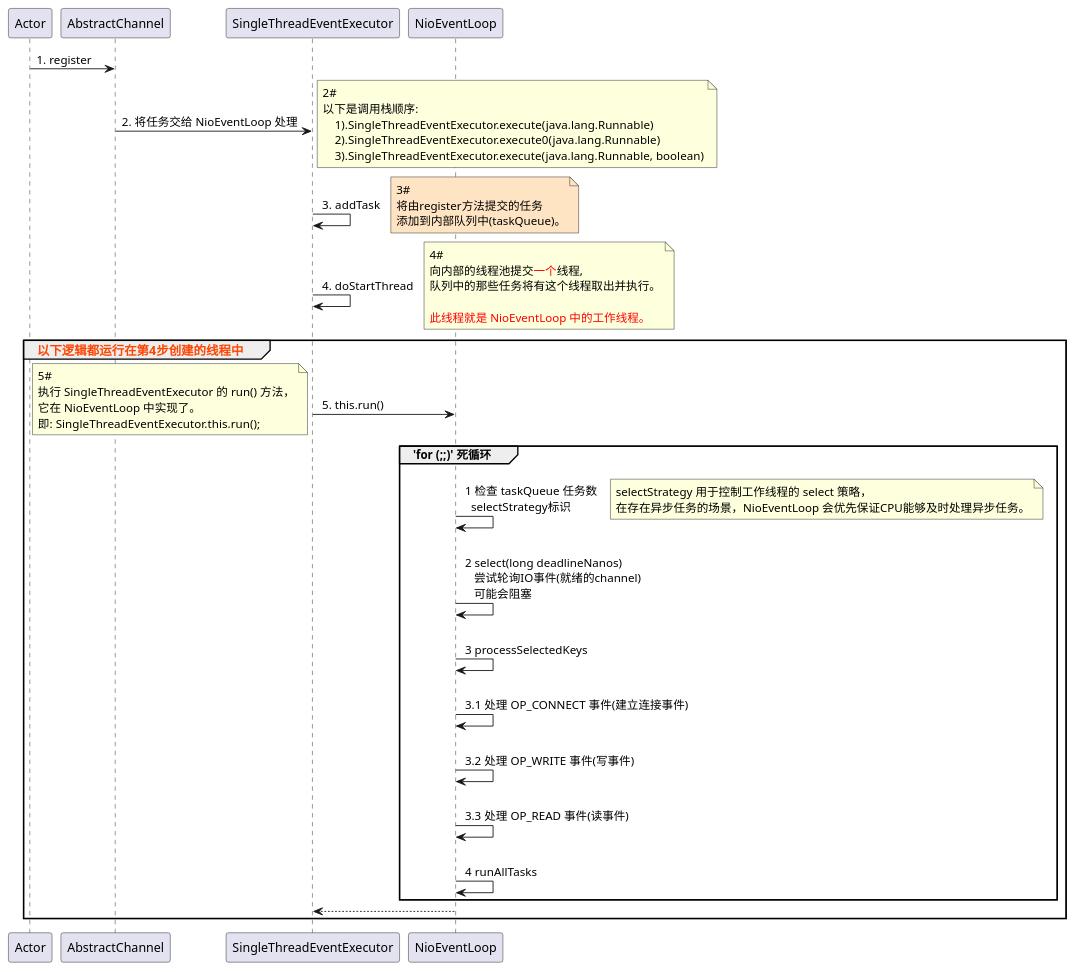
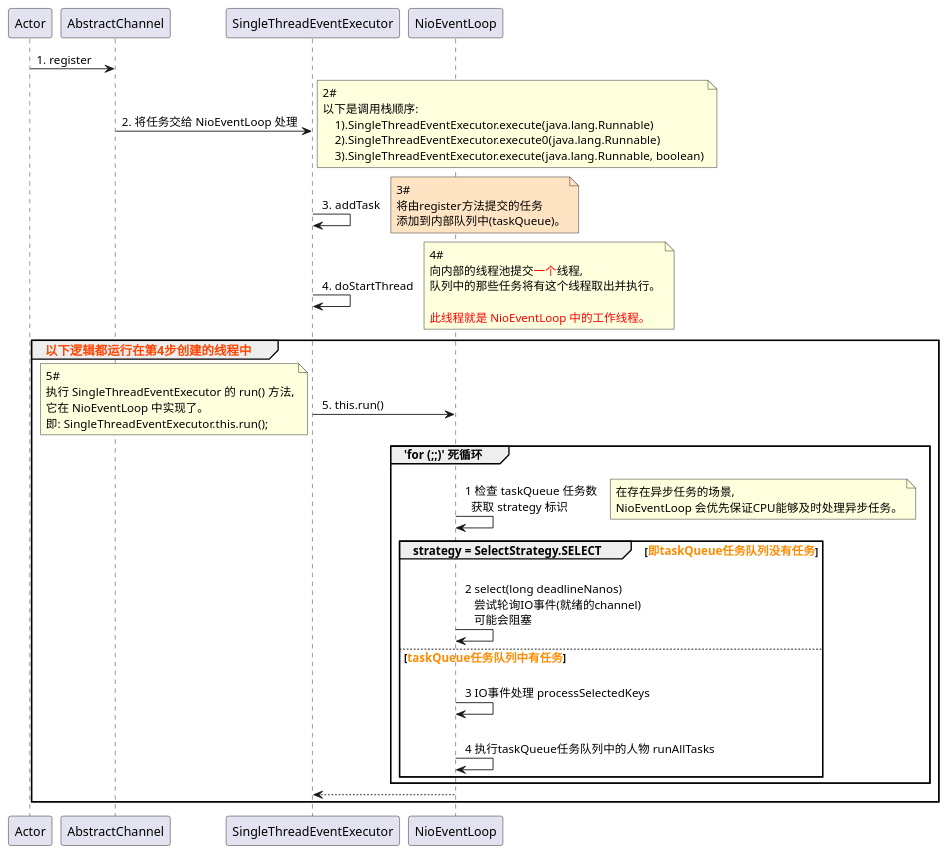
Before and after one commit to Simba-cheng/netty: the diagram in puml/NioEventLoop#run.puml, drawn with PlantUML.

Commit message:
refactor(code): 源码添加注释、流程图、类图

```diff
--- a/puml/NioEventLoop#run.puml
+++ b/puml/NioEventLoop#run.puml
@@ -1,64 +1,64 @@
 @startuml participant
 
 Actor -> AbstractChannel: 1. register
 
 AbstractChannel -> SingleThreadEventExecutor: 2. 将任务交给 NioEventLoop 处理
 note right
 2#
 以下是调用栈顺序:
     1).SingleThreadEventExecutor.execute(java.lang.Runnable)
     2).SingleThreadEventExecutor.execute0(java.lang.Runnable)
     3).SingleThreadEventExecutor.execute(java.lang.Runnable, boolean)
 end note
 
 SingleThreadEventExecutor -> SingleThreadEventExecutor: \n 3. addTask
 note right #FFE4C4
 3#
 将由register方法提交的任务
 添加到内部队列中(taskQueue)。
 end note
 
 SingleThreadEventExecutor -> SingleThreadEventExecutor: \n 4. doStartThread
 note right
 4#
 向内部的线程池提交<color:#FF0000>一个</color>线程,
 队列中的那些任务将有这个线程取出并执行。
 
 <color:#FF0000>此线程就是 NioEventLoop 中的工作线程。</color>
 end note
 
 group <size:14><color:#FF4500>以下逻辑都运行在第4步创建的线程中</color></size>
 
 SingleThreadEventExecutor -> NioEventLoop: \n 5. this.run()
 note left
 5#
-执行 SingleThreadEventExecutor 的 run() 方法，
+执行 SingleThreadEventExecutor 的 run() 方法,
 它在 NioEventLoop 中实现了。
 即: SingleThreadEventExecutor.this.run();
 end note
 
 ' ----- 分割线 -----
 group 'for (;;)' 死循环
-    NioEventLoop -> NioEventLoop: \n 1 检查 taskQueue 任务数 \n   selectStrategy标识
+    NioEventLoop -> NioEventLoop: \n 1 检查 taskQueue 任务数 \n   获取 strategy 标识
     note right
-    selectStrategy 用于控制工作线程的 select 策略，
-    在存在异步任务的场景，NioEventLoop 会优先保证CPU能够及时处理异步任务。
+    在存在异步任务的场景,
+    NioEventLoop 会优先保证CPU能够及时处理异步任务。
     end note
 
-'    alt 没有任务
+    group strategy = SelectStrategy.SELECT [<size:13><color:#FF8C00>即taskQueue任务队列没有任务</color></size>]
         NioEventLoop -> NioEventLoop: \n 2 select(long deadlineNanos) \n    尝试轮询IO事件(就绪的channel) \n    可能会阻塞
-'    else 有任务
-        NioEventLoop -> NioEventLoop: \n 3 processSelectedKeys
-        NioEventLoop -> NioEventLoop: \n 3.1 处理 OP_CONNECT 事件(建立连接事件)
-        NioEventLoop -> NioEventLoop: \n 3.2 处理 OP_WRITE 事件(写事件)
-        NioEventLoop -> NioEventLoop: \n 3.3 处理 OP_READ 事件(读事件)
+    else <size:13><color:#FF8C00>taskQueue任务队列中有任务</color></size>
+        NioEventLoop -> NioEventLoop: \n 3 IO事件处理 processSelectedKeys
+'        NioEventLoop -> NioEventLoop: \n 3.1 处理 OP_CONNECT 事件(建立连接事件)
+'        NioEventLoop -> NioEventLoop: \n 3.2 处理 OP_WRITE 事件(写事件)
+'        NioEventLoop -> NioEventLoop: \n 3.3 处理 OP_READ 事件(读事件)
 
-        NioEventLoop -> NioEventLoop: \n 4 runAllTasks
-'    end
+        NioEventLoop -> NioEventLoop: \n 4 执行taskQueue任务队列中的人物 runAllTasks
+    end
 end
 ' ----- 分割线 -----
 
 
 SingleThreadEventExecutor <-- NioEventLoop
 end
 @enduml
```
